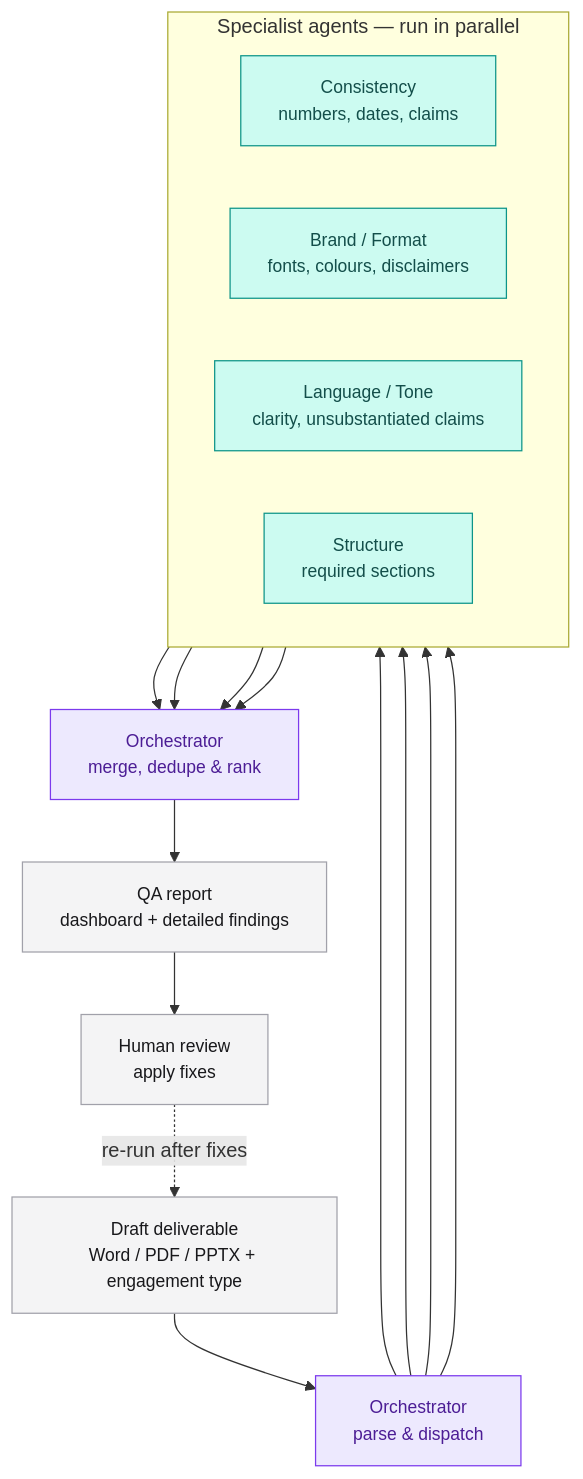
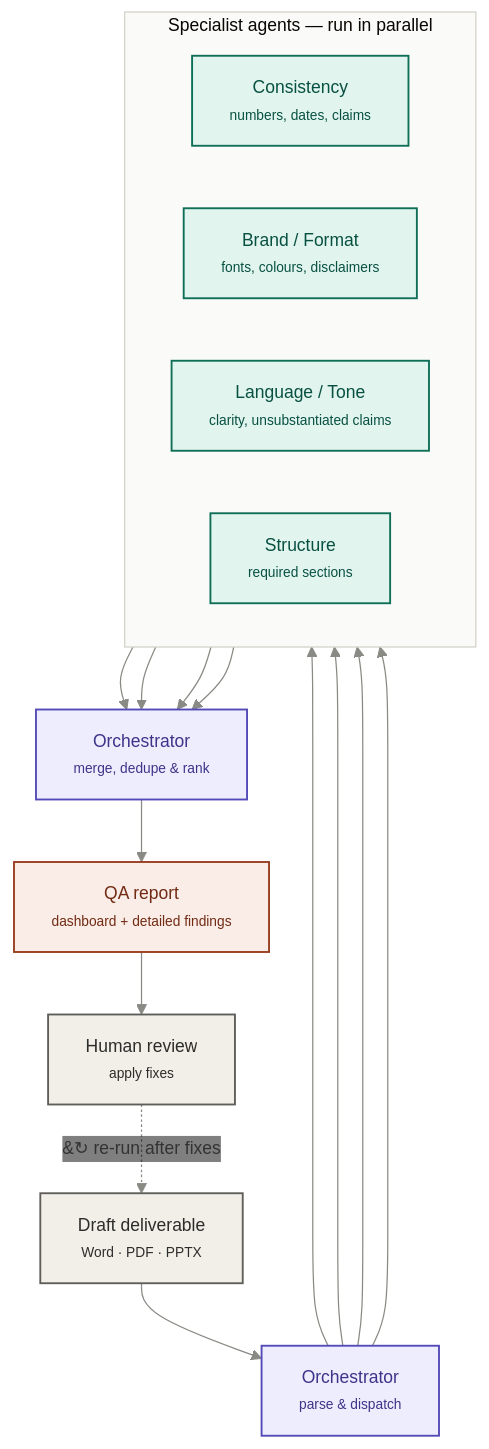
Before and after one commit to arifbazli/deliverableqa-agent: the diagram in README.md, drawn with Mermaid. The commit also changed other lines of this file, not shown here.

Commit message:
docs: modernize architecture diagram styling

````diff
--- a/README.md
+++ b/README.md
@@ -24,36 +23,33 @@
 ```mermaid
+%%{init: {'theme':'base', 'themeVariables': {'fontFamily': 'system-ui, sans-serif', 'fontSize': '14px', 'lineColor': '#8a8a85', 'edgeLabelBackground':'transparent'}}}%%
 flowchart TD
-    A["Draft deliverable<br/>Word / PDF / PPTX + engagement type"] --> B
+    A["Draft deliverable<br/><span style='font-size:11px'>Word · PDF · PPTX</span>"]:::io --> B
 
-    B["Orchestrator<br/>parse & dispatch"] --> C1
+    B["Orchestrator<br/><span style='font-size:11px'>parse & dispatch</span>"]:::orch --> C1
     B --> C2
     B --> C3
     B --> C4
 
     subgraph agents [" Specialist agents — run in parallel "]
         direction LR
-        C1["Consistency<br/>numbers, dates, claims"]
-        C2["Brand / Format<br/>fonts, colours, disclaimers"]
-        C3["Language / Tone<br/>clarity, unsubstantiated claims"]
-        C4["Structure<br/>required sections"]
+        C1["Consistency<br/><span style='font-size:11px'>numbers, dates, claims</span>"]:::agent
+        C2["Brand / Format<br/><span style='font-size:11px'>fonts, colours, disclaimers</span>"]:::agent
+        C3["Language / Tone<br/><span style='font-size:11px'>clarity, unsubstantiated claims</span>"]:::agent
+        C4["Structure<br/><span style='font-size:11px'>required sections</span>"]:::agent
     end
 
     C1 --> D
     C2 --> D
     C3 --> D
     C4 --> D
 
-    D["Orchestrator<br/>merge, dedupe & rank"] --> E
-    E["QA report<br/>dashboard + detailed findings"] --> F
-    F["Human review<br/>apply fixes"] -.->|re-run after fixes| A
+    D["Orchestrator<br/><span style='font-size:11px'>merge, dedupe & rank</span>"]:::orch --> E
+    E["QA report<br/><span style='font-size:11px'>dashboard + detailed findings</span>"]:::out --> F
+    F["Human review<br/><span style='font-size:11px'>apply fixes</span>"]:::io -.->|"&#8635; re-run after fixes"| A
 
-    classDef input fill:#f4f4f5,stroke:#a1a1aa,color:#18181b,font-size:14px
-    classDef control fill:#ede9fe,stroke:#7c3aed,color:#4c1d95,font-size:14px
-    classDef agent fill:#ccfbf1,stroke:#0d9488,color:#134e4a,font-size:14px
-    classDef output fill:#f4f4f5,stroke:#a1a1aa,color:#18181b,font-size:14px
-
-    class A input
-    class B,D control
-    class C1,C2,C3,C4 agent
-    class E,F output
+    classDef io fill:#F1EFE8,stroke:#5F5E5A,color:#2C2C2A,stroke-width:1.5px
+    classDef orch fill:#EEEDFE,stroke:#534AB7,color:#3C3489,stroke-width:1.5px
+    classDef agent fill:#E1F5EE,stroke:#0F6E56,color:#085041,stroke-width:1.5px
+    classDef out fill:#FAECE7,stroke:#993C1D,color:#712B13,stroke-width:1.5px
+    style agents fill:#FAFAF9,stroke:#D3D1C7,stroke-width:1px
 ```
````
